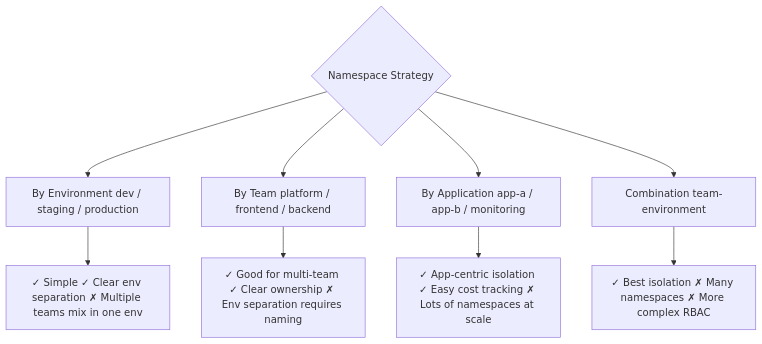
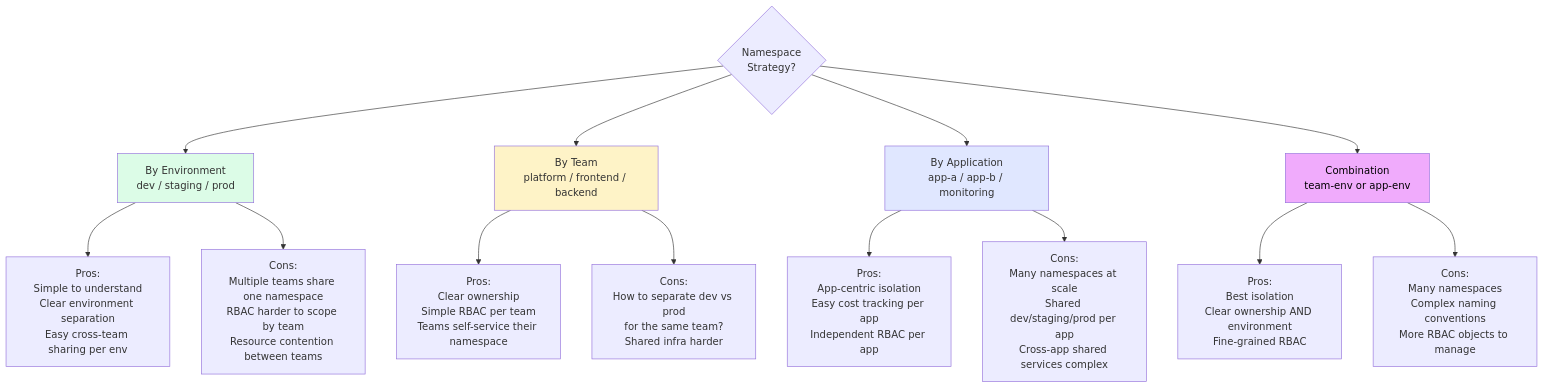
One commit to UncleJS/course_k3s changed the fifth of 5 diagrams in 03_first_steps/02_namespaces.md. Above: the diagram before and after it, drawn with Mermaid. The commit also changed other lines of this file and 45 other files, not shown here.

First line of the commit message:
Expand all course lessons: Mermaid diagrams + rich prose across 43 files

````diff
--- a/03_first_steps/02_namespaces.md
+++ b/03_first_steps/02_namespaces.md
@@ -276,12 +560,26 @@
 ```mermaid
 flowchart TD
-    STRATEGY{Namespace Strategy} --> ENV[By Environment dev / staging / production]
-    STRATEGY --> TEAM[By Team platform / frontend / backend]
-    STRATEGY --> APP[By Application app-a / app-b / monitoring]
-    STRATEGY --> COMBO[Combination team-environment]
+    STRATEGY{"Namespace<br/>Strategy?"}
 
-    ENV --> ENV_NOTE["✓ Simple ✓ Clear env separation ✗ Multiple teams mix in one env"]
-    TEAM --> TEAM_NOTE["✓ Good for multi-team ✓ Clear ownership ✗ Env separation requires naming"]
-    APP --> APP_NOTE["✓ App-centric isolation ✓ Easy cost tracking ✗ Lots of namespaces at scale"]
-    COMBO --> COMBO_NOTE["✓ Best isolation ✗ Many namespaces ✗ More complex RBAC"]
+    STRATEGY --> ENV["By Environment<br/>dev / staging / prod"]
+    STRATEGY --> TEAM["By Team<br/>platform / frontend / backend"]
+    STRATEGY --> APP["By Application<br/>app-a / app-b / monitoring"]
+    STRATEGY --> COMBO["Combination<br/>team-env or app-env"]
+
+    ENV --> ENV_PRO["Pros:<br/>Simple to understand<br/>Clear environment separation<br/>Easy cross-team sharing per env"]
+    ENV --> ENV_CON["Cons:<br/>Multiple teams share one namespace<br/>RBAC harder to scope by team<br/>Resource contention between teams"]
+
+    TEAM --> TEAM_PRO["Pros:<br/>Clear ownership<br/>Simple RBAC per team<br/>Teams self-service their namespace"]
+    TEAM --> TEAM_CON["Cons:<br/>How to separate dev vs prod<br/>for the same team?<br/>Shared infra harder"]
+
+    APP --> APP_PRO["Pros:<br/>App-centric isolation<br/>Easy cost tracking per app<br/>Independent RBAC per app"]
+    APP --> APP_CON["Cons:<br/>Many namespaces at scale<br/>Shared dev/staging/prod per app<br/>Cross-app shared services complex"]
+
+    COMBO --> COMBO_PRO["Pros:<br/>Best isolation<br/>Clear ownership AND environment<br/>Fine-grained RBAC"]
+    COMBO --> COMBO_CON["Cons:<br/>Many namespaces<br/>Complex naming conventions<br/>More RBAC objects to manage"]
+
+    style ENV fill:#dcfce7
+    style TEAM fill:#fef3c7
+    style APP fill:#e0e7ff
+    style COMBO fill:#f0abfc,color:#000
 ```
````
